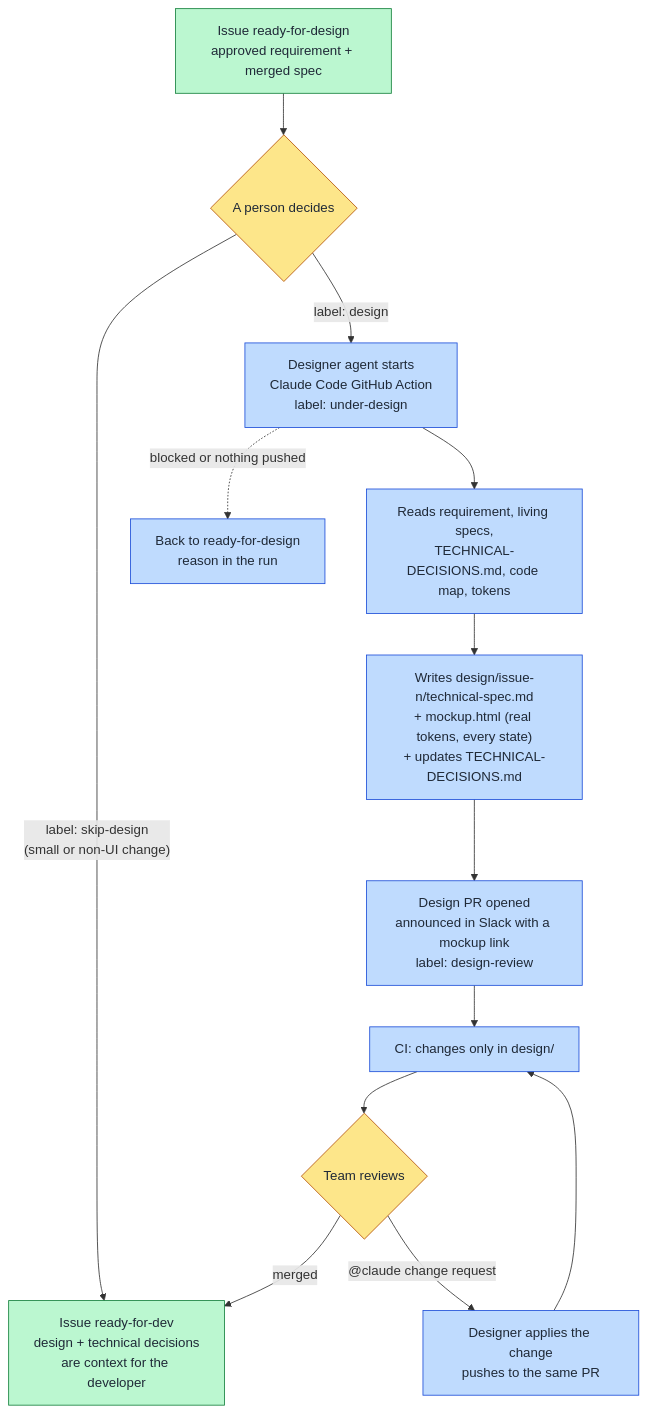
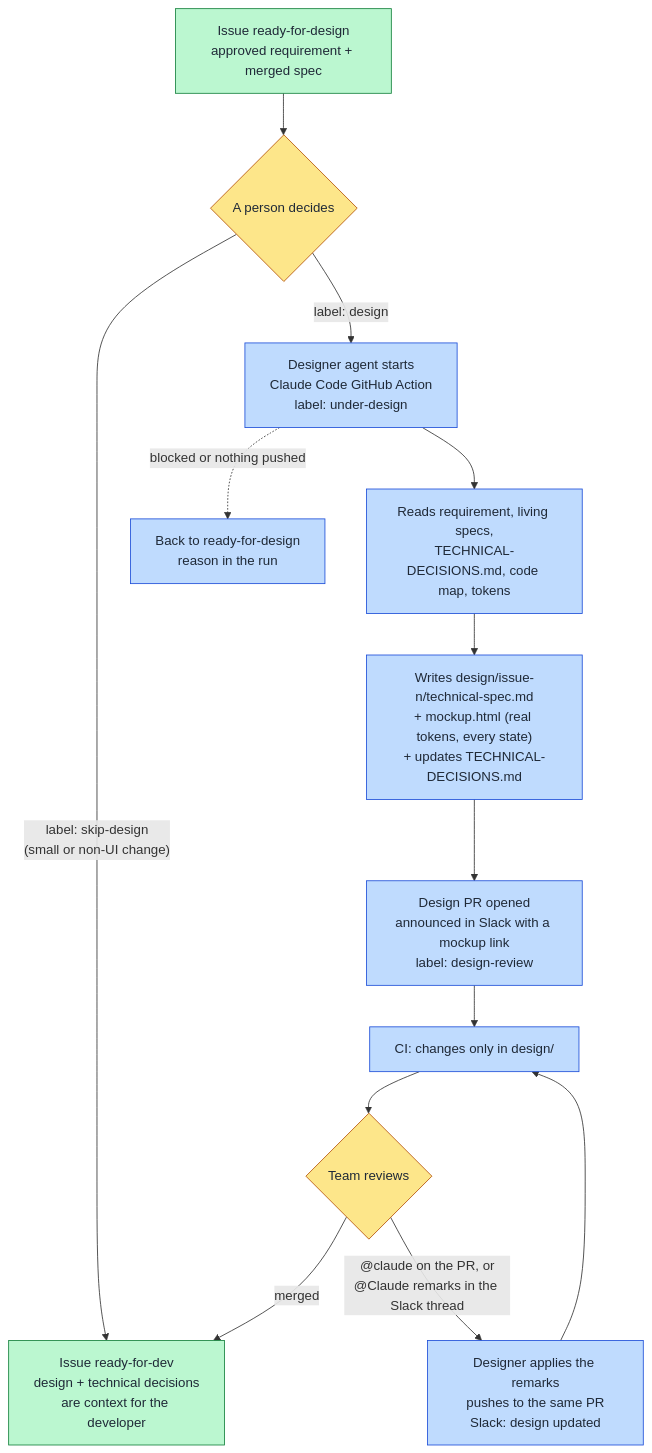
The second of 4 diagrams in docs/aisdlc.md (iebouihi/aisdlc-gh-claude-slack), drawn with Mermaid before and after one commit. The commit also changed other lines of this file and 12 other files, not shown here.

First line of the commit message:
Design review remarks from Slack update the design PR

````diff
--- a/docs/aisdlc.md
+++ b/docs/aisdlc.md
@@ -168,22 +168,22 @@
 ```mermaid
 flowchart TD
     R["Issue ready-for-design<br/>approved requirement + merged spec"] --> T{"A person decides"}
     T -- "label: skip-design<br/>(small or non-UI change)" --> D
     T -- "label: design" --> S["Designer agent starts<br/>Claude Code GitHub Action<br/>label: under-design"]
     S --> B["Reads requirement, living specs,<br/>TECHNICAL-DECISIONS.md, code map, tokens"]
     B --> W["Writes design/issue-n/technical-spec.md<br/>+ mockup.html (real tokens, every state)<br/>+ updates TECHNICAL-DECISIONS.md"]
     W --> P["Design PR opened<br/>announced in Slack with a mockup link<br/>label: design-review"]
     P --> G["CI: changes only in design/"]
     G --> V{"Team reviews"}
-    V -- "@claude change request" --> F["Designer applies the change<br/>pushes to the same PR"]
+    V -- "@claude on the PR, or<br/>@Claude remarks in the Slack thread" --> F["Designer applies the remarks<br/>pushes to the same PR<br/>Slack: design updated"]
     F --> G
     V -- "merged" --> D["Issue ready-for-dev<br/>design + technical decisions<br/>are context for the developer"]
     S -. "blocked or nothing pushed" .-> X["Back to ready-for-design<br/>reason in the run"]
 
     classDef human fill:#fde68a,stroke:#b45309,color:#1f2937
     classDef agent fill:#bfdbfe,stroke:#1d4ed8,color:#1f2937
     classDef truth fill:#bbf7d0,stroke:#15803d,color:#1f2937
     class T,V human
     class S,B,W,P,F,X,G agent
     class R,D truth
 ```
````
